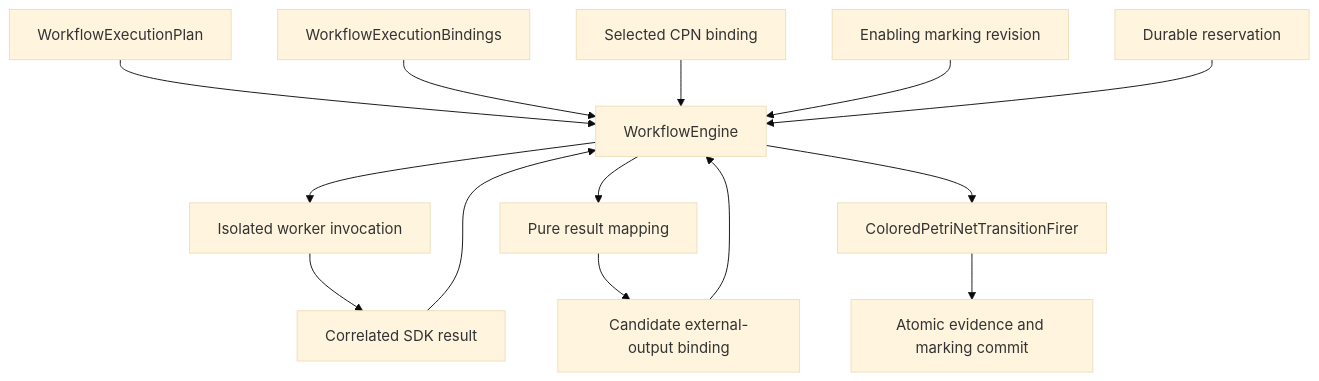
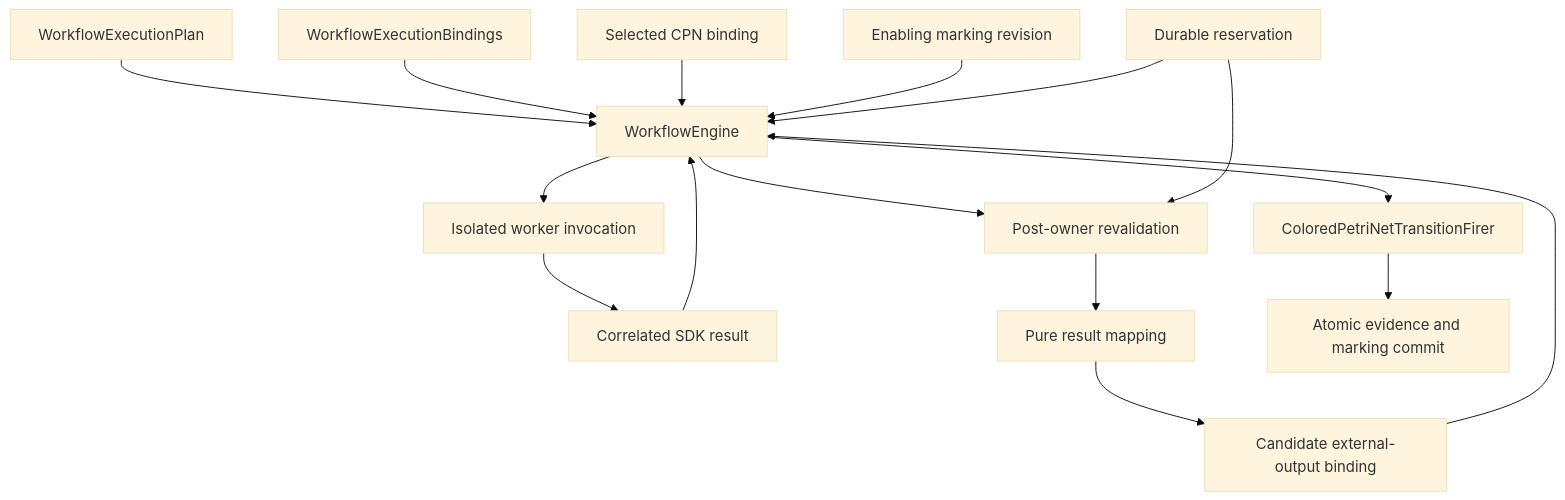
The diagram in docs/architecture/projectkoios/workflow/runtime/WorkflowEngine/schematic.md (eragasa/projectkoios-workflow), drawn with Mermaid (base theme) before and after one commit. The commit also changed other lines of this file and 9 other files, not shown here.

````diff
--- a/docs/architecture/projectkoios/workflow/runtime/WorkflowEngine/schematic.md
+++ b/docs/architecture/projectkoios/workflow/runtime/WorkflowEngine/schematic.md
@@ -5,29 +5,32 @@
 ```mermaid
 flowchart TD
     P[WorkflowExecutionPlan]
     B[WorkflowExecutionBindings]
     S[Selected CPN binding]
     M[Enabling marking revision]
     R[Durable reservation]
+    V[Post-owner revalidation]
     E[WorkflowEngine]
     W[Isolated worker invocation]
     O[Correlated SDK result]
     A[Pure result mapping]
     X[Candidate external-output binding]
     F[ColoredPetriNetTransitionFirer]
     C[Atomic evidence and marking commit]
 
     P --> E
     B --> E
     S --> E
     M --> E
     R --> E
     E --> W
     W --> O
     O --> E
-    E --> A
+    E --> V
+    R --> V
+    V --> A
     A --> X
     X --> E
     E --> F
     F --> C
 ```
````
